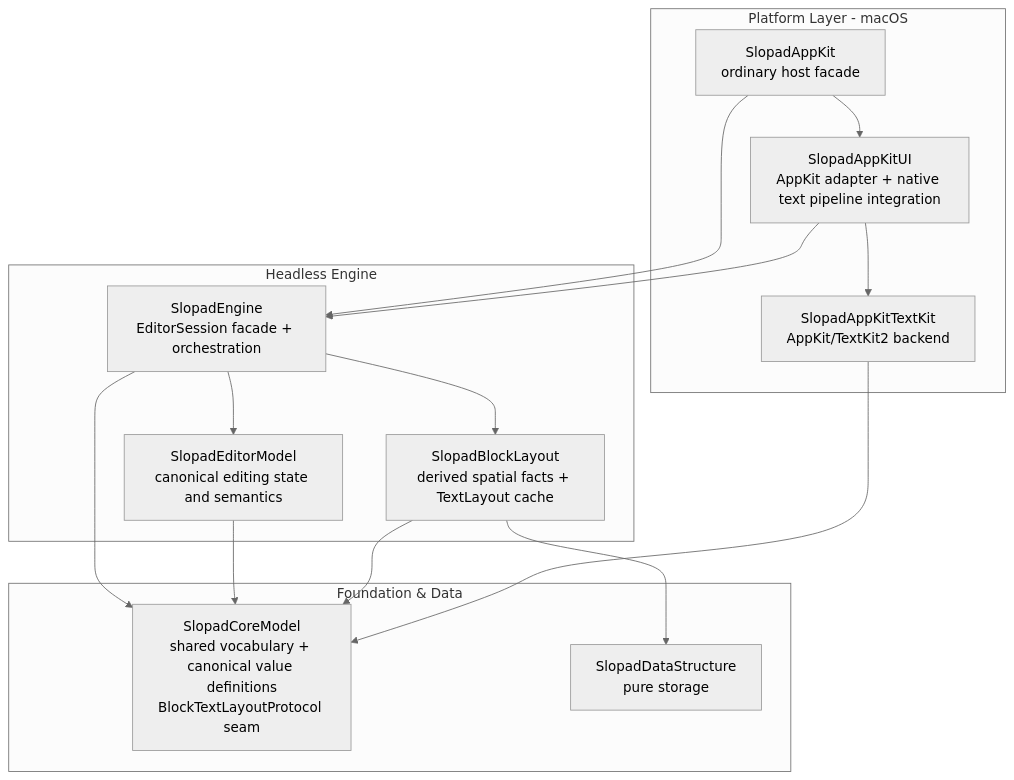
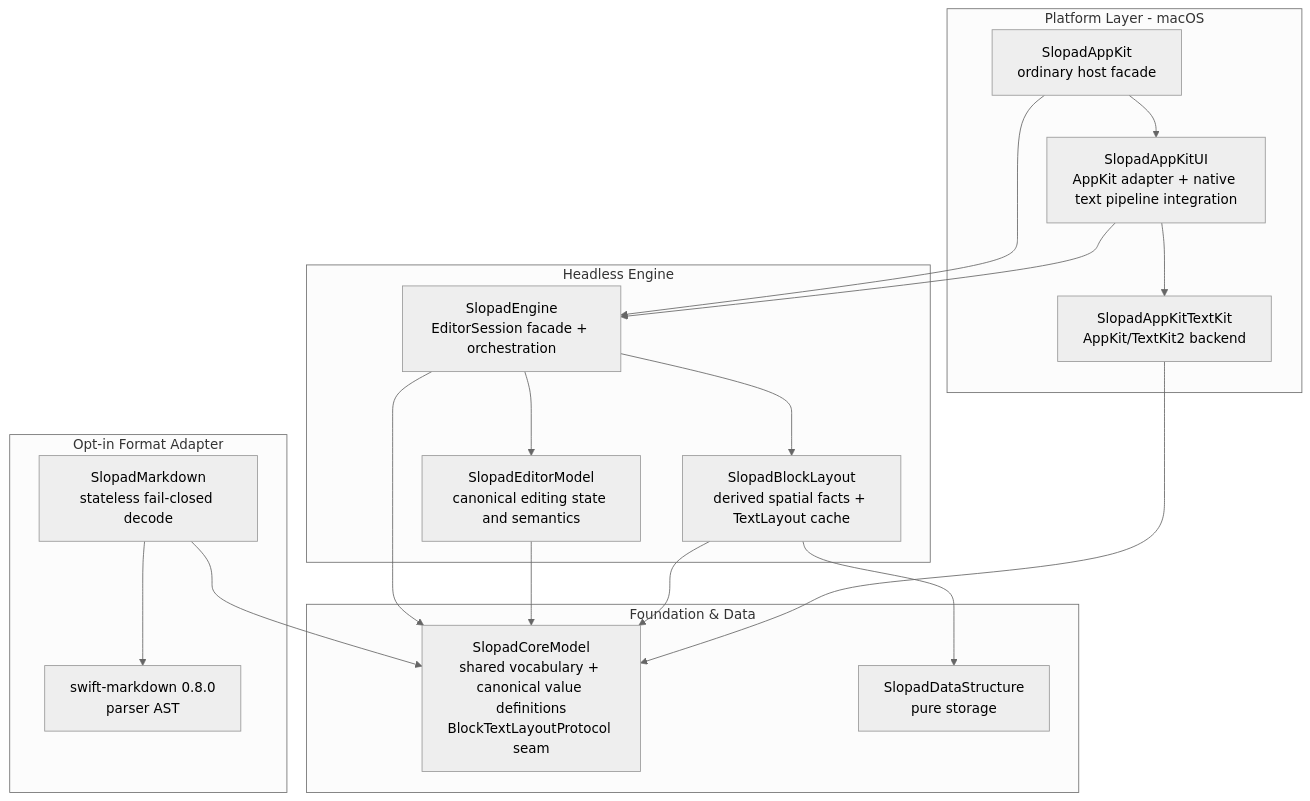
One commit to hot666666/SlopadEditor changed the second of 3 diagrams in README.md. Above: the diagram before and after it, drawn with Mermaid (neutral theme). The commit also changed other lines of this file and 15 other files, not shown here.

Commit message:
feat(markdown): decode into canonical block inputs

````diff
--- a/README.md
+++ b/README.md
@@ -103,33 +107,40 @@
 ```mermaid
 flowchart TB
     subgraph Platform["Platform Layer - macOS"]
         AppKit["SlopadAppKit<br/>ordinary host facade"]
         AppKitUI["SlopadAppKitUI<br/>AppKit adapter + native text pipeline integration"]
         AppKitTextKit["SlopadAppKitTextKit<br/>AppKit/TextKit2 backend"]
     end
 
     subgraph Headless["Headless Engine"]
         Engine["SlopadEngine<br/>EditorSession facade + orchestration"]
         EditorModel["SlopadEditorModel<br/>canonical editing state and semantics"]
         BlockLayout["SlopadBlockLayout<br/>derived spatial facts + TextLayout cache"]
     end
 
     subgraph Foundation["Foundation & Data"]
         CoreModel["SlopadCoreModel<br/>shared vocabulary + canonical value definitions<br/>BlockTextLayoutProtocol seam"]
         DataStructure["SlopadDataStructure<br/>pure storage"]
     end
 
+    subgraph Format["Opt-in Format Adapter"]
+        MarkdownAdapter["SlopadMarkdown<br/>stateless fail-closed decode"]
+        SwiftMarkdown["swift-markdown 0.8.0<br/>parser AST"]
+    end
+
     AppKit --> AppKitUI
     AppKit --> Engine
     AppKitUI --> Engine
     AppKitUI --> AppKitTextKit
 
     Engine --> EditorModel
     Engine --> BlockLayout
     Engine --> CoreModel
 
     EditorModel --> CoreModel
     BlockLayout --> CoreModel
     BlockLayout --> DataStructure
     AppKitTextKit --> CoreModel
+    MarkdownAdapter --> CoreModel
+    MarkdownAdapter --> SwiftMarkdown
 ```
````
